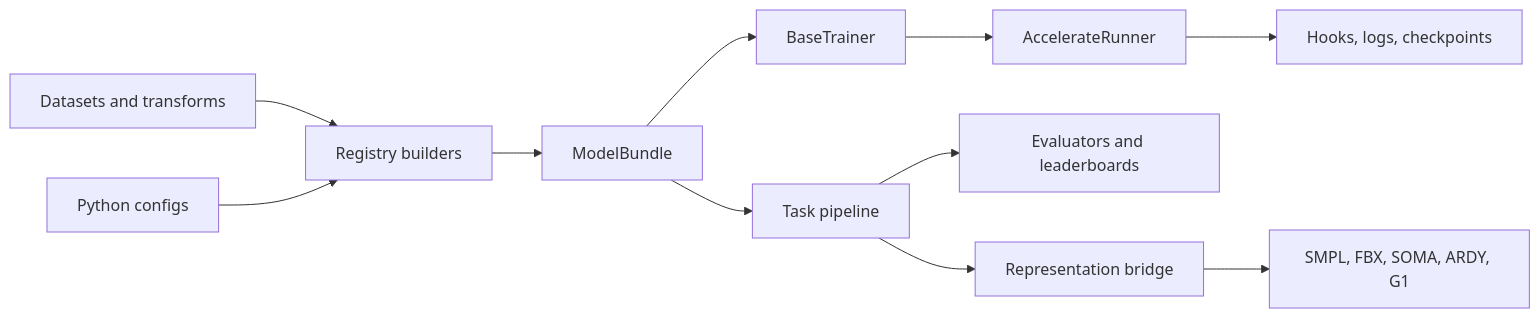
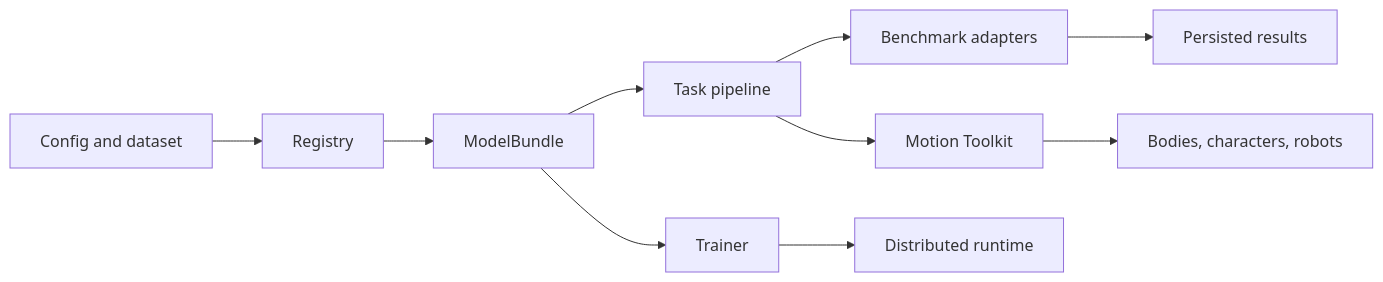
One commit to ZeyuLing/Motius changed the diagram in README.md. Above: the diagram before and after it, drawn with Mermaid. The commit also changed other lines of this file and 45 other files, not shown here.

Commit message:
docs: rebuild Motius information architecture

````diff
--- a/README.md
+++ b/README.md
@@ -154,13 +173,12 @@
 ```mermaid
 flowchart LR
-    D["Datasets and transforms"] --> R["Registry builders"]
-    C["Python configs"] --> R
+    C["Config and dataset"] --> R["Registry"]
     R --> B["ModelBundle"]
-    B --> T["BaseTrainer"]
-    T --> A["AccelerateRunner"]
-    A --> H["Hooks, logs, checkpoints"]
+    B --> T["Trainer"]
     B --> P["Task pipeline"]
-    P --> E["Evaluators and leaderboards"]
-    P --> M["Representation bridge"]
-    M --> V["SMPL, FBX, SOMA, ARDY, G1"]
+    P --> E["Benchmark adapters"]
+    P --> M["Motion Toolkit"]
+    T --> X["Distributed runtime"]
+    E --> L["Persisted results"]
+    M --> O["Bodies, characters, robots"]
 ```
````
